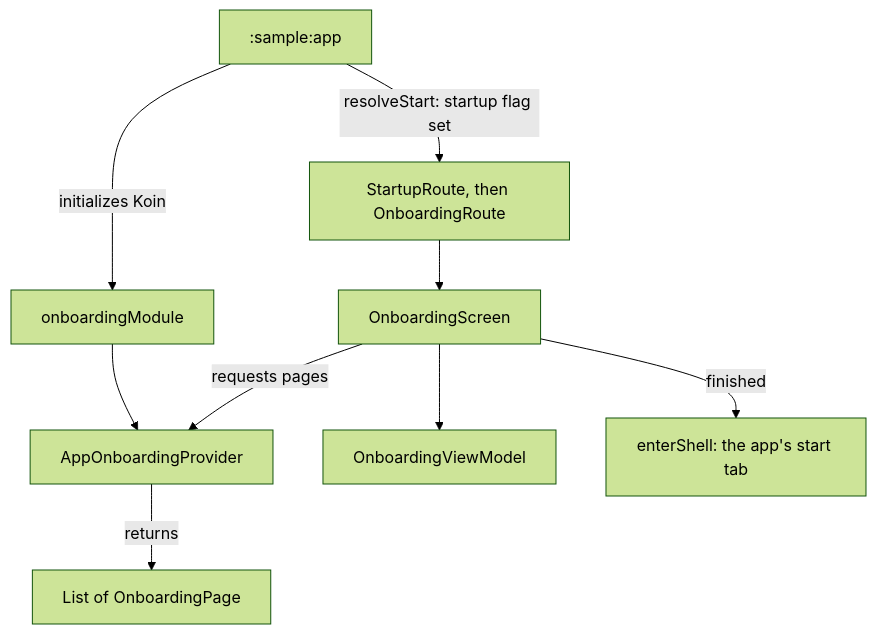
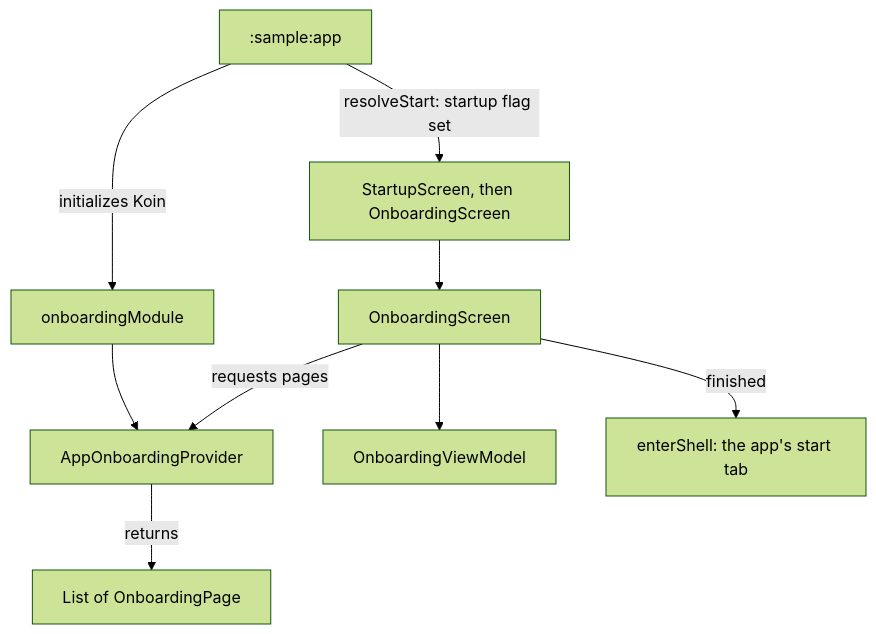
One commit to MihaiCristianCondrea/App-Toolkit-for-Android changed the diagram in sample/feature/onboarding/README.md. Above: the diagram before and after it, drawn with Mermaid (forest theme). The commit also changed 125 other files, not shown here.

````diff
--- a/sample/feature/onboarding/README.md
+++ b/sample/feature/onboarding/README.md
@@ -30,11 +30,11 @@
 ```mermaid
 flowchart TD
     App[":sample:app"] -->|initializes Koin| Module[onboardingModule]
     Module --> Provider[AppOnboardingProvider]
-    App -->|resolveStart: startup flag set| Start[StartupRoute, then OnboardingRoute]
+    App -->|resolveStart: startup flag set| Start[StartupScreen, then OnboardingScreen]
     Start --> Screen[OnboardingScreen]
     Screen -->|requests pages| Provider
     Provider -->|returns| Pages[List of OnboardingPage]
     Screen --> ViewModel[OnboardingViewModel]
     Screen -->|finished| Enter[enterShell: the app's start tab]
 ```
````
